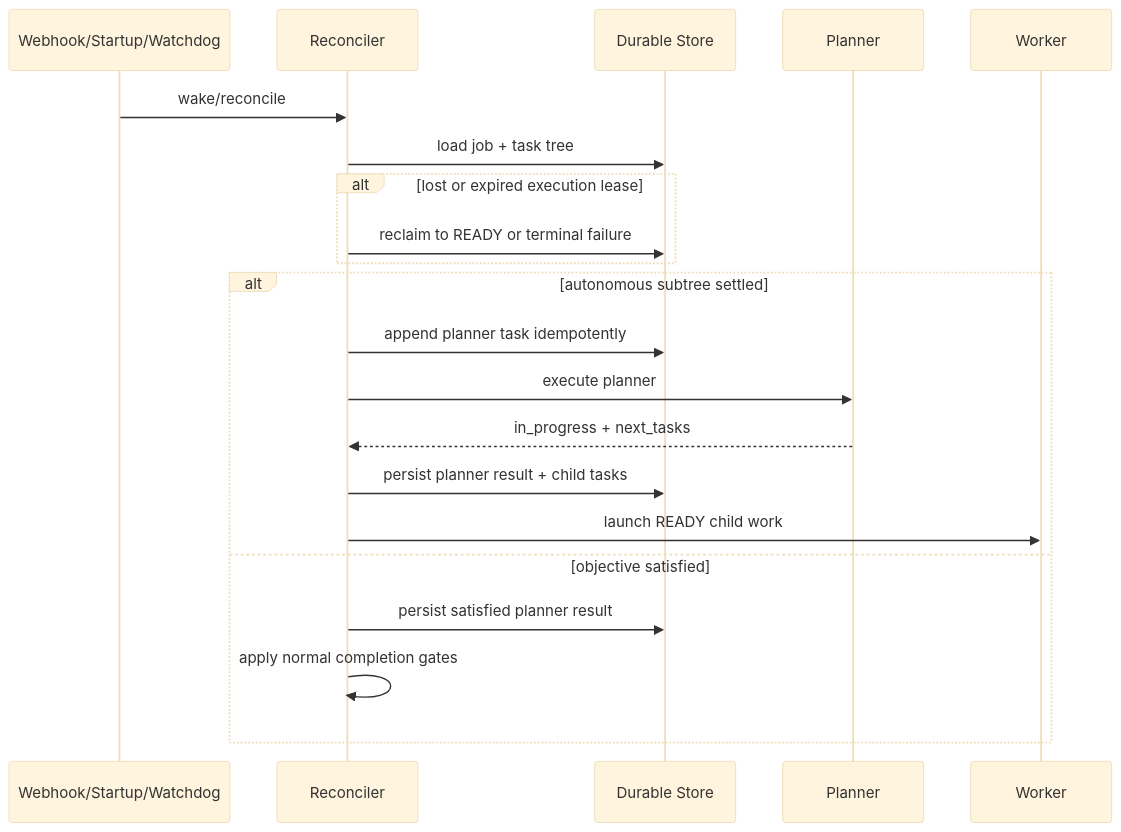
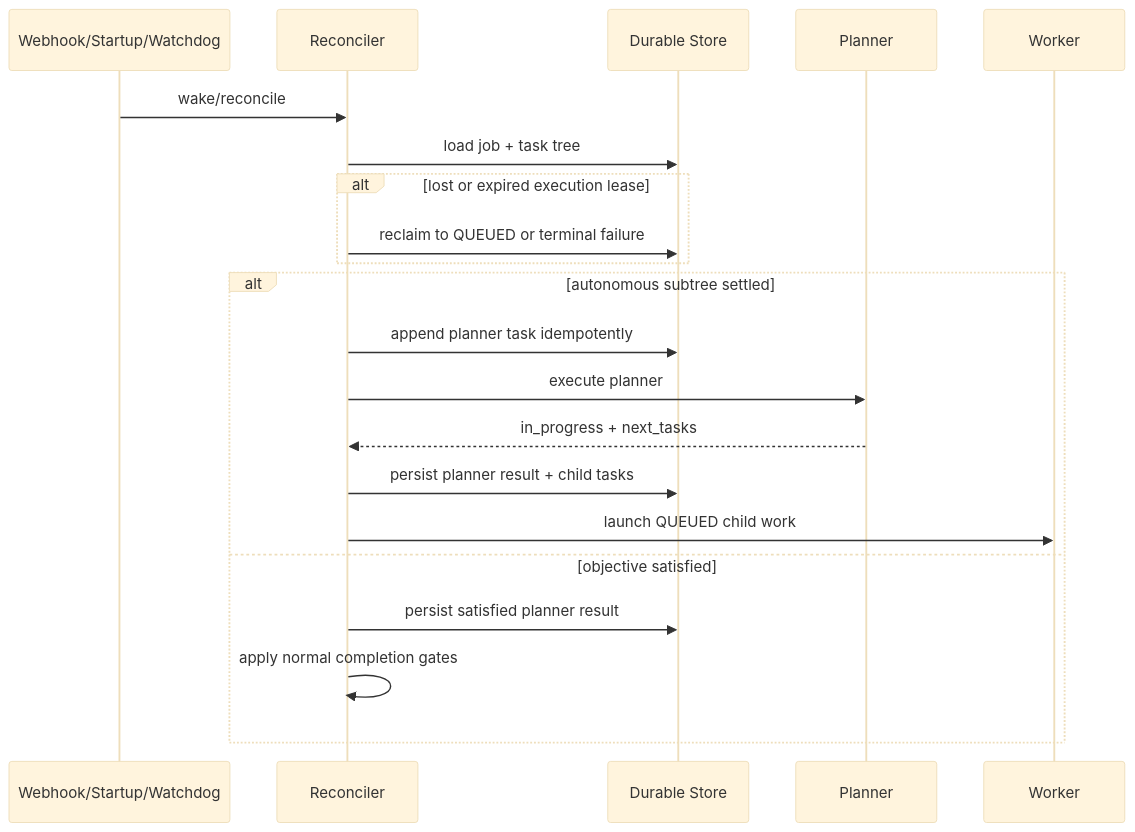
One commit to lalalic/agents-relay changed the third of 4 diagrams in docs/autonomous-objective-jobs.md. Above: the diagram before and after it, drawn with Mermaid (base theme). The commit also changed 4 other files, not shown here.

````diff
--- a/docs/autonomous-objective-jobs.md
+++ b/docs/autonomous-objective-jobs.md
@@ -80,23 +80,23 @@
 ```mermaid
 sequenceDiagram
     participant W as Webhook/Startup/Watchdog
     participant R as Reconciler
     participant S as Durable Store
     participant P as Planner
     participant X as Worker
     W->>R: wake/reconcile
     R->>S: load job + task tree
     alt lost or expired execution lease
-        R->>S: reclaim to READY or terminal failure
+        R->>S: reclaim to QUEUED or terminal failure
     end
     alt autonomous subtree settled
         R->>S: append planner task idempotently
         R->>P: execute planner
         P-->>R: in_progress + next_tasks
         R->>S: persist planner result + child tasks
-        R->>X: launch READY child work
+        R->>X: launch QUEUED child work
     else objective satisfied
         R->>S: persist satisfied planner result
         R->>R: apply normal completion gates
     end
 ```
````
